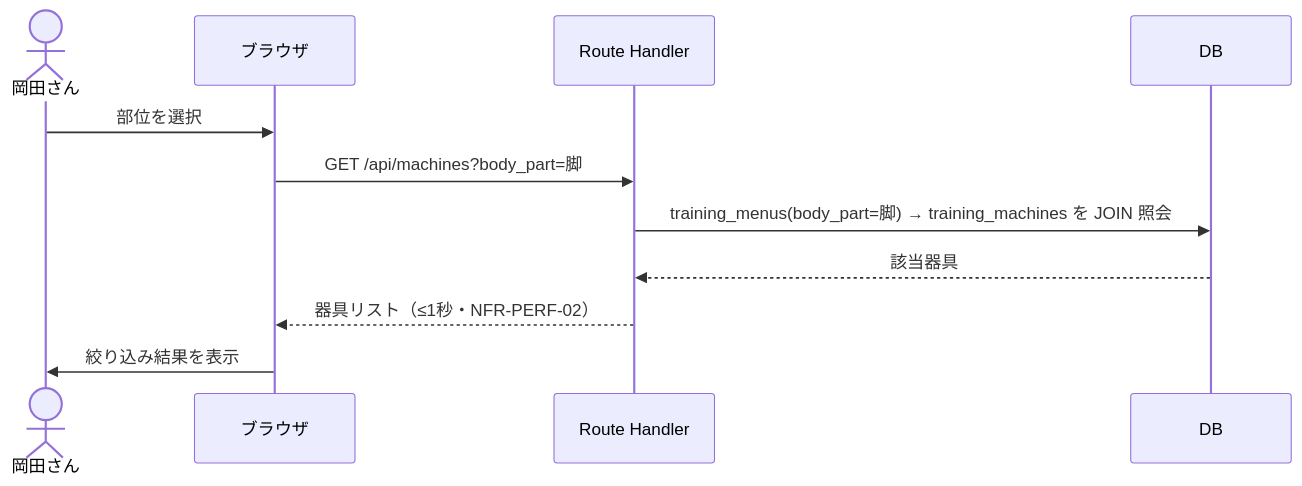
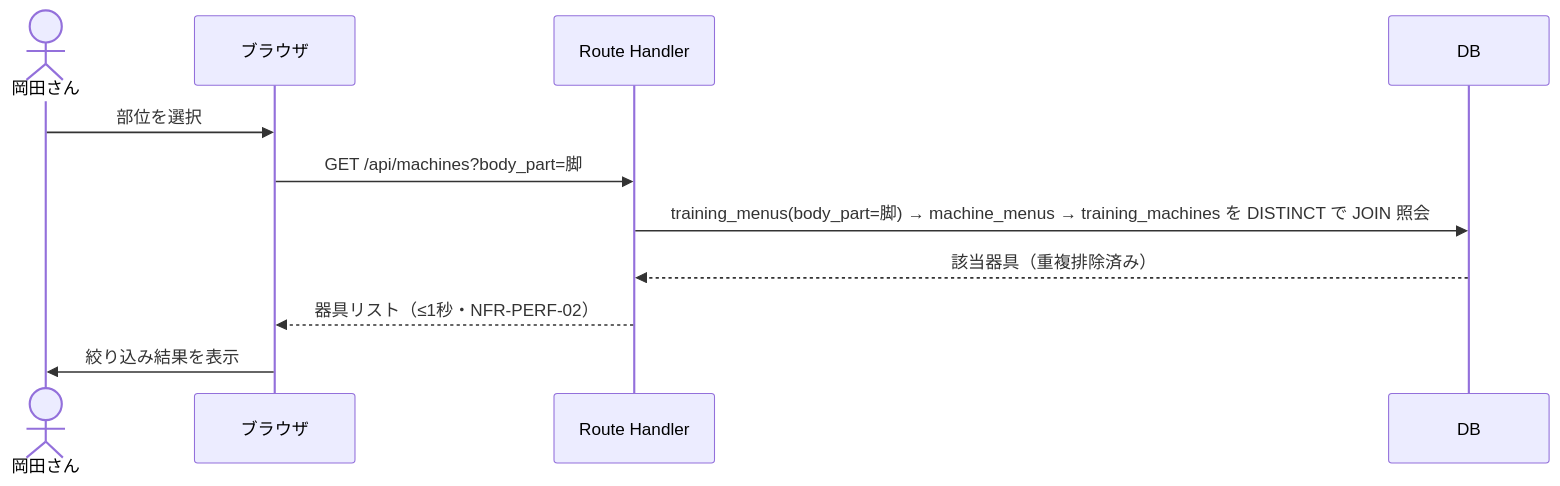
One commit to k-okada51/okada-fit changed the fourth of 5 diagrams in docs/02_設計/40_機能設計/01_シーケンス設計.md. Above: the diagram before and after it, drawn with Mermaid. The commit also changed other lines of this file and 8 other files, not shown here.

````diff
--- a/docs/02_設計/40_機能設計/01_シーケンス設計.md
+++ b/docs/02_設計/40_機能設計/01_シーケンス設計.md
@@ -107,13 +110,13 @@
 ```mermaid
 sequenceDiagram
   actor U as 岡田さん
   participant B as ブラウザ
   participant S as Route Handler
   participant D as DB
   U->>B: 部位を選択
   B->>S: GET /api/machines?body_part=脚
-  S->>D: training_menus(body_part=脚) → training_machines を JOIN 照会
-  D-->>S: 該当器具
+  S->>D: training_menus(body_part=脚) → machine_menus → training_machines を DISTINCT で JOIN 照会
+  D-->>S: 該当器具（重複排除済み）
   S-->>B: 器具リスト（≤1秒・NFR-PERF-02）
   B->>U: 絞り込み結果を表示
 ```
````
